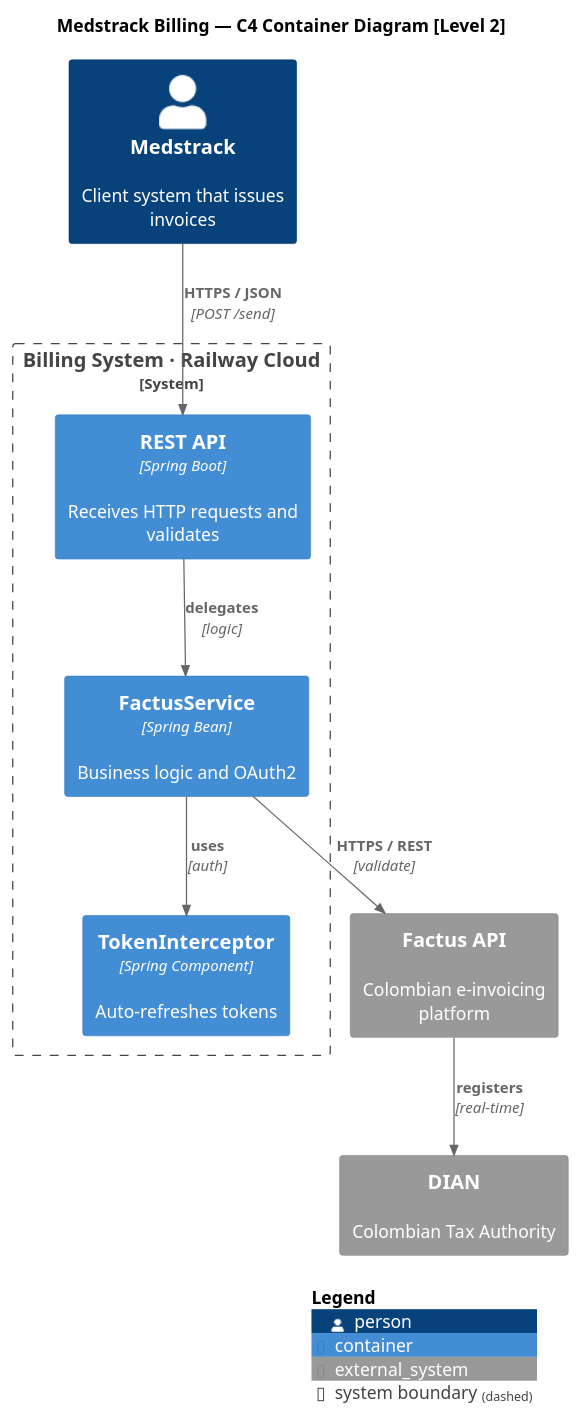
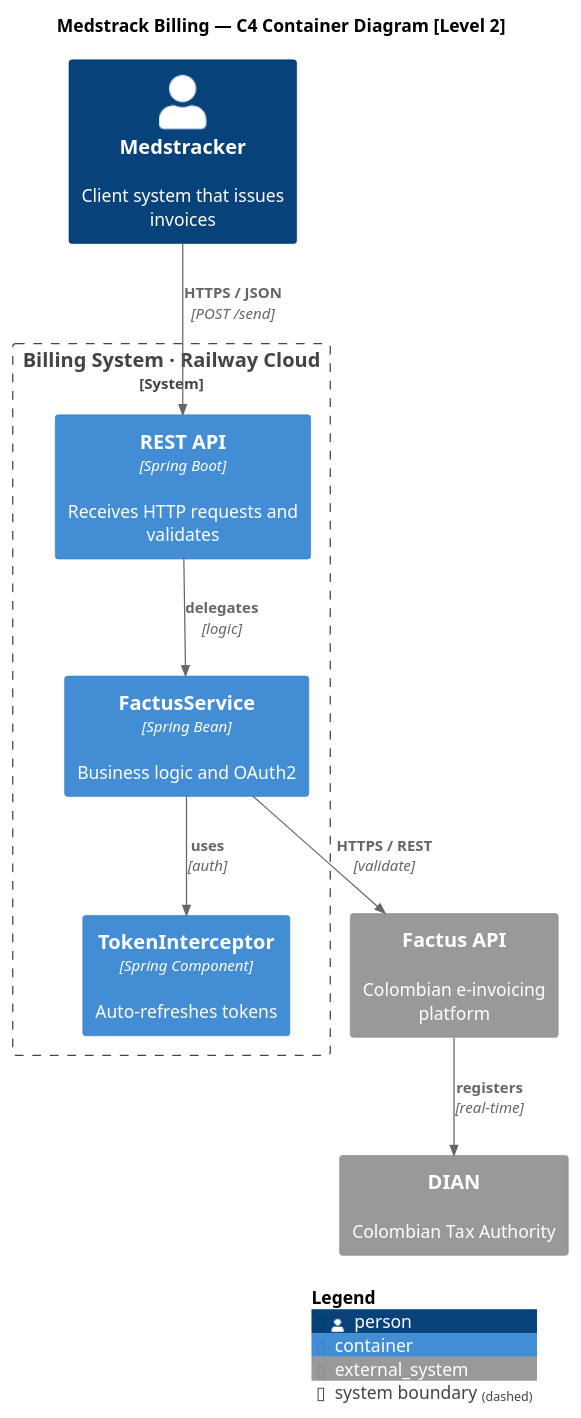
The diagram in docs/diagrams/c4-container.puml (felipesulez/Medstrack-factus), drawn with PlantUML before and after one commit. The commit also changed 1 other file, not shown here.

Commit message:
docs: test diagram update and sync with bot

```diff
--- a/docs/diagrams/c4-container.puml
+++ b/docs/diagrams/c4-container.puml
@@ -1,26 +1,26 @@
 @startuml c4-container
 !include https://raw.githubusercontent.com/plantuml-stdlib/C4-PlantUML/master/C4_Container.puml
 
 LAYOUT_WITH_LEGEND()
 
 title Medstrack Billing — C4 Container Diagram [Level 2]
 
-Person(client, "Medstrack", "Client system that issues invoices")
+Person(client, "Medstracker", "Client system that issues invoices")
 
 System_Boundary(system, "Billing System · Railway Cloud") {
     Container(api, "REST API", "Spring Boot", "Receives HTTP requests and validates")
     Container(service, "FactusService", "Spring Bean", "Business logic and OAuth2")
     Container(interceptor, "TokenInterceptor", "Spring Component", "Auto-refreshes tokens")
 }
 
 System_Ext(factus, "Factus API", "Colombian e-invoicing platform")
 System_Ext(dian, "DIAN", "Colombian Tax Authority")
 
 Rel(client, api, "HTTPS / JSON", "POST /send")
 Rel(api, service, "delegates", "logic")
 Rel(service, interceptor, "uses", "auth")
 Rel(service, factus, "HTTPS / REST", "validate")
 Rel(factus, dian, "registers", "real-time")
 
 SHOW_LEGEND()
 @enduml
```
